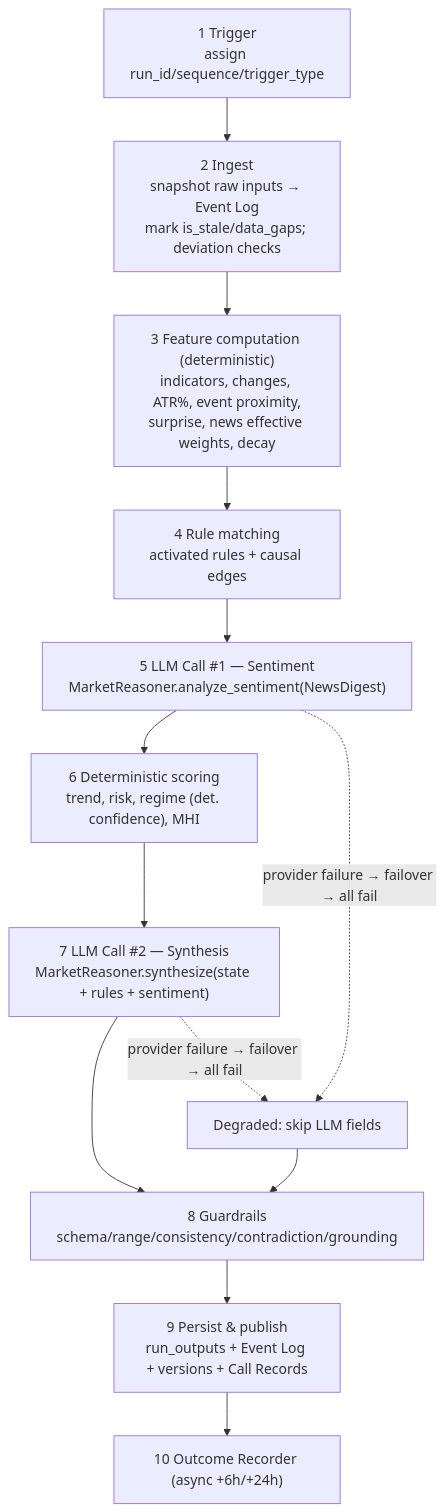
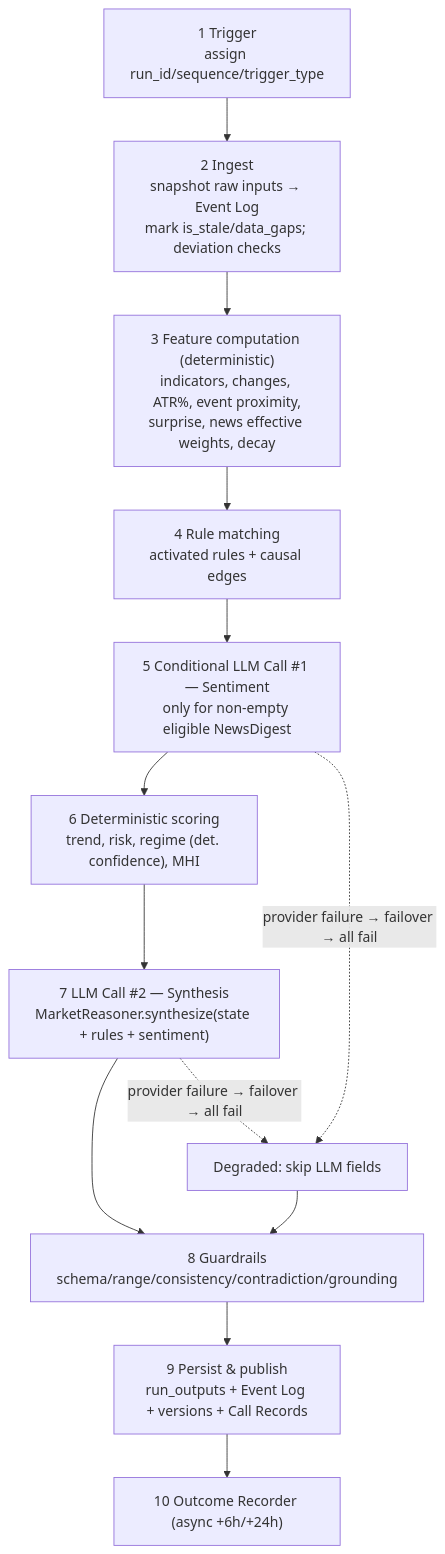
One commit to mohammad067/tread-agent changed the second of 7 diagrams in docs/architecture/pipelines.md. Above: the diagram before and after it, drawn with Mermaid. The commit also changed other lines of this file and 29 other files, not shown here.

````diff
--- a/docs/architecture/pipelines.md
+++ b/docs/architecture/pipelines.md
@@ -39,17 +39,17 @@
 ```mermaid
 graph TB
   T["1 Trigger<br/>assign run_id/sequence/trigger_type"] --> I
   I["2 Ingest<br/>snapshot raw inputs → Event Log<br/>mark is_stale/data_gaps; deviation checks"] --> F
   F["3 Feature computation (deterministic)<br/>indicators, changes, ATR%, event proximity,<br/>surprise, news effective weights, decay"] --> RM
   RM["4 Rule matching<br/>activated rules + causal edges"] --> L1
-  L1["5 LLM Call #1 — Sentiment<br/>MarketReasoner.analyze_sentiment(NewsDigest)"] --> DS
+  L1["5 Conditional LLM Call #1 — Sentiment<br/>only for non-empty eligible NewsDigest"] --> DS
   DS["6 Deterministic scoring<br/>trend, risk, regime (det. confidence), MHI"] --> L2
   L2["7 LLM Call #2 — Synthesis<br/>MarketReasoner.synthesize(state + rules + sentiment)"] --> G
   G["8 Guardrails<br/>schema/range/consistency/contradiction/grounding"] --> P
   P["9 Persist & publish<br/>run_outputs + Event Log + versions + Call Records"] --> O
   O["10 Outcome Recorder (async +6h/+24h)"]
 
   L1 -.provider failure → failover → all fail.-> DEG["Degraded: skip LLM fields"]
   L2 -.provider failure → failover → all fail.-> DEG
   DEG --> G
 ```
````
